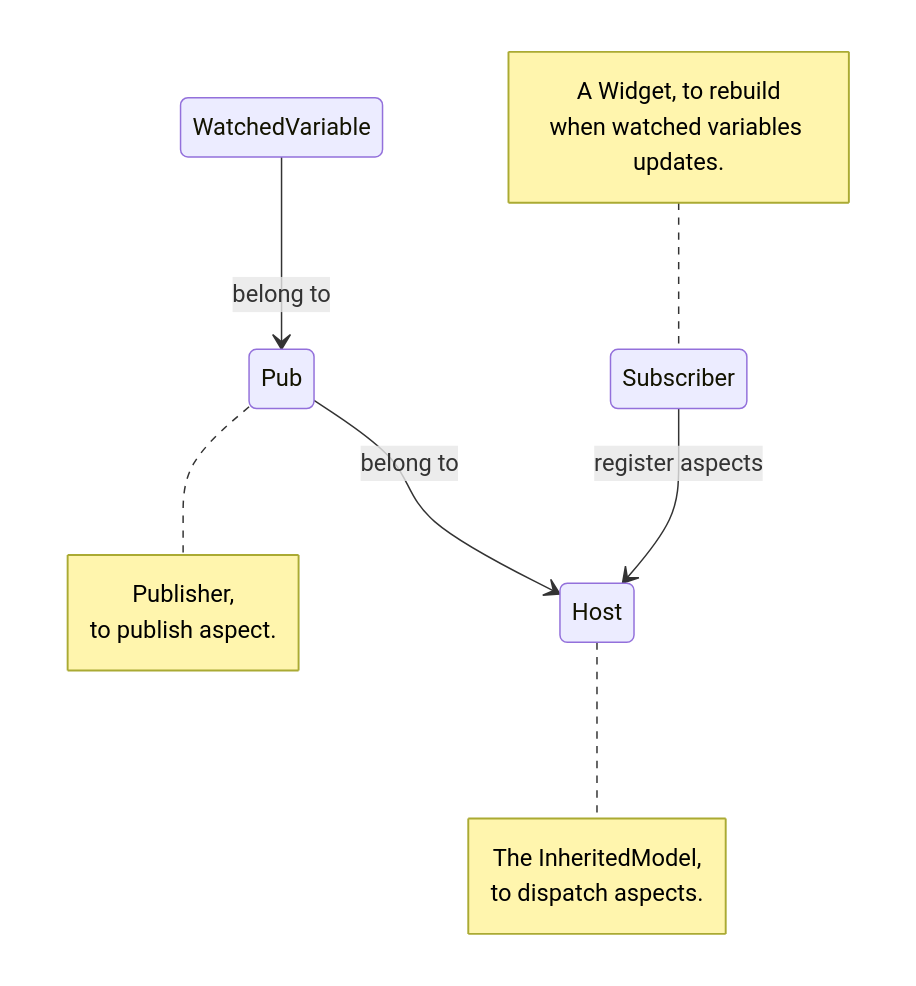
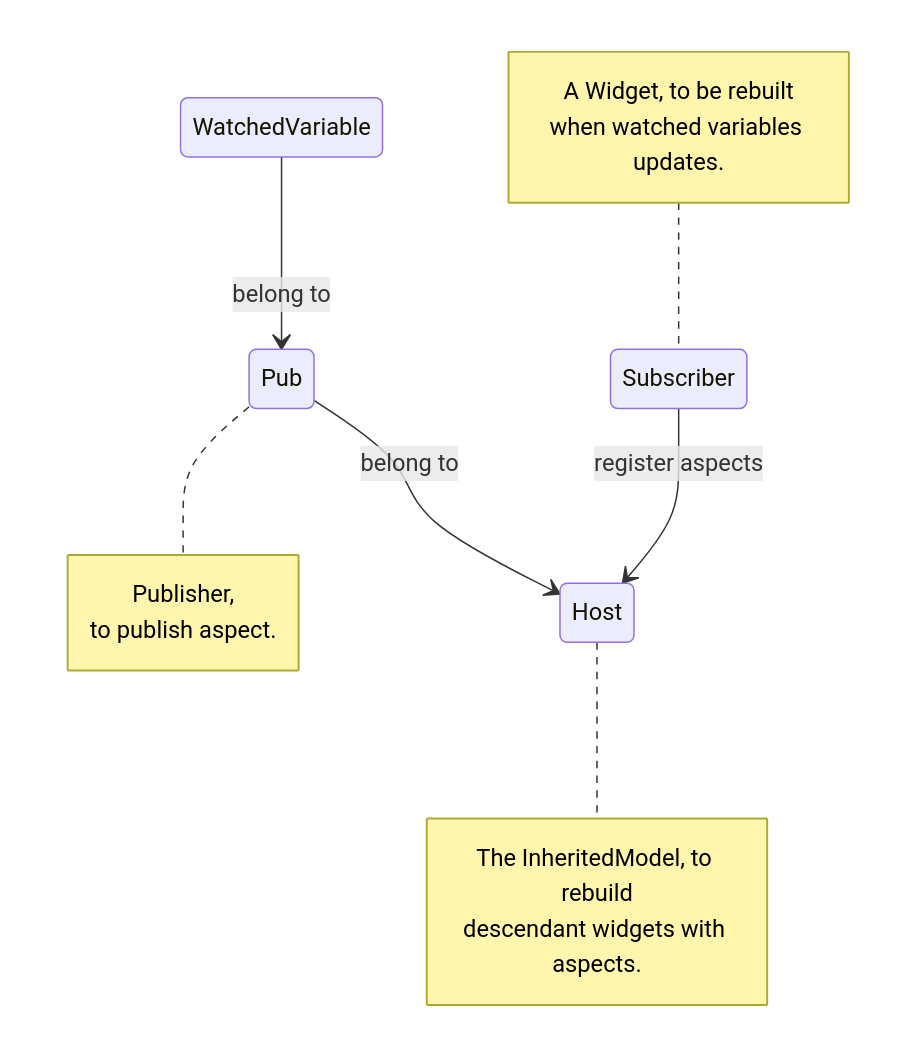
One commit to rob333/flutter_mediator changed the first of 4 diagrams in doc/flow.md. Above: the diagram before and after it, drawn with Mermaid. The commit also changed 1 other file, not shown here.

Commit message:
RxImpl `touch` with rxAspects

````diff
--- a/doc/flow.md
+++ b/doc/flow.md
@@ -3,18 +3,18 @@
 ```mermaid
 stateDiagram-v2
     WatchedVariable --> Pub : belong to
     note right of Pub
     Publisher,
     to publish aspect.
     end note
     Pub --> Host : belong to
     Subscriber --> Host : register aspects
     note left of Subscriber
-    A Widget, to rebuild
+    A Widget, to be rebuilt
     when watched variables updates.
     end note
     note right of Host
-    The InheritedModel,
-     to dispatch aspects.
+    The InheritedModel, to rebuild
+    descendant widgets with aspects.
     end note
 ```
````
